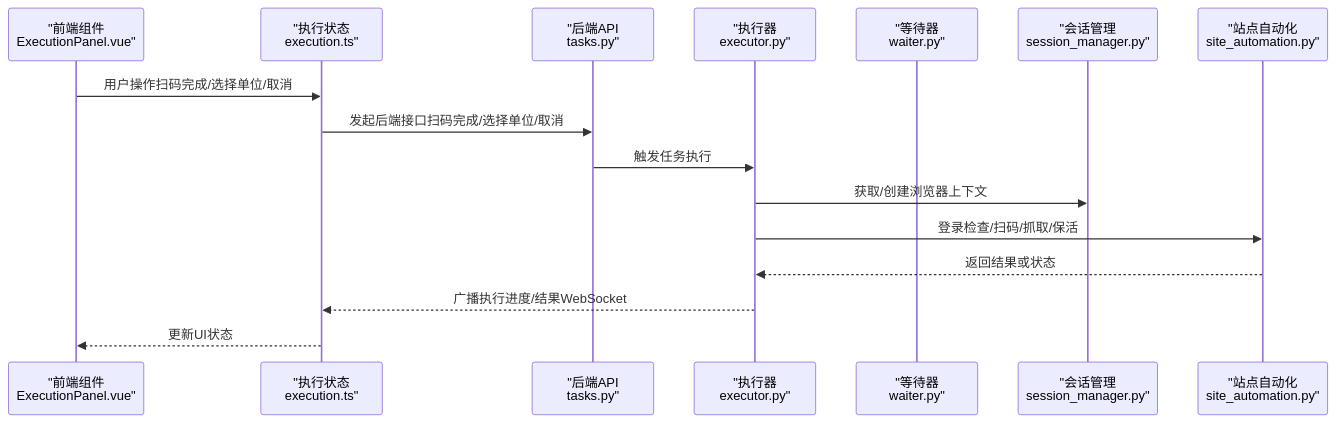
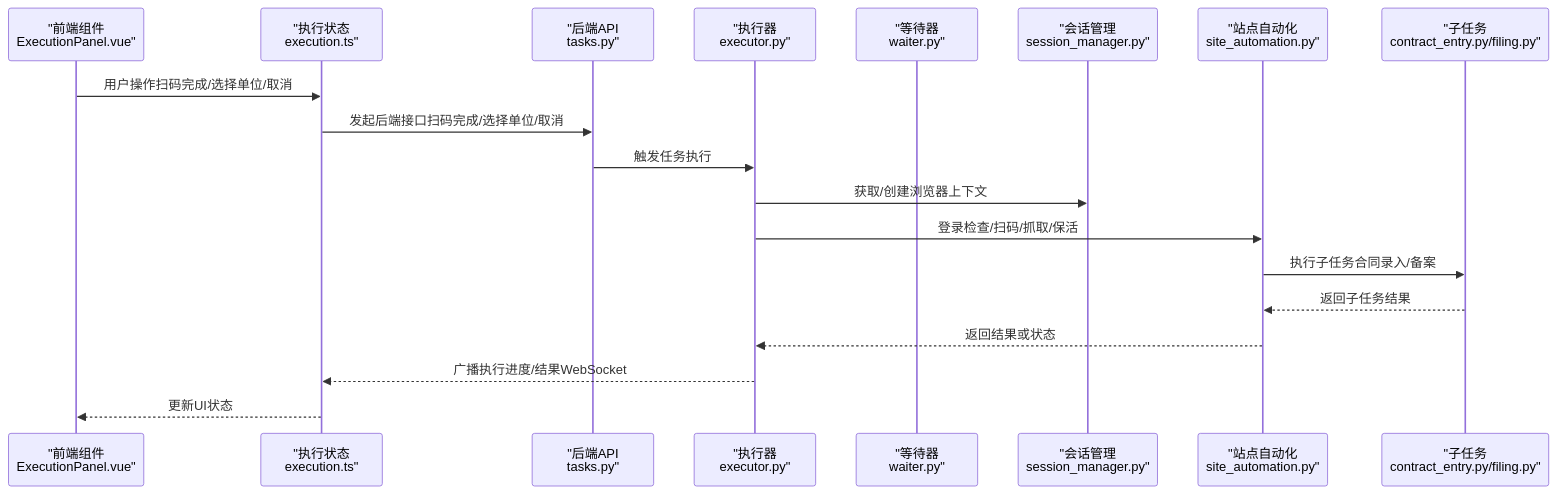
Before and after one commit to onebody/ccclubs_AI_RPA: the second of 11 diagrams in .qoder/repowiki/zh/content/浏览器自动化/浏览器自动化.md, drawn with Mermaid. The commit also changed other lines of this file and 8 other files, not shown here.

````diff
--- a/.qoder/repowiki/zh/content/浏览器自动化/浏览器自动化.md
+++ b/.qoder/repowiki/zh/content/浏览器自动化/浏览器自动化.md
@@ -110,18 +127,21 @@
 ```mermaid
 sequenceDiagram
 participant FE as "前端组件<br/>ExecutionPanel.vue"
 participant Store as "执行状态<br/>execution.ts"
 participant API as "后端API<br/>tasks.py"
 participant Exec as "执行器<br/>executor.py"
 participant Wait as "等待器<br/>waiter.py"
 participant SM as "会话管理<br/>session_manager.py"
 participant SA as "站点自动化<br/>site_automation.py"
+participant ST as "子任务<br/>contract_entry.py/filing.py"
 FE->>Store : 用户操作扫码完成/选择单位/取消
 Store->>API : 发起后端接口扫码完成/选择单位/取消
 API->>Exec : 触发任务执行
 Exec->>SM : 获取/创建浏览器上下文
 Exec->>SA : 登录检查/扫码/抓取/保活
+SA->>ST : 执行子任务合同录入/备案
+ST-->>SA : 返回子任务结果
 SA-->>Exec : 返回结果或状态
 Exec-->>Store : 广播执行进度/结果WebSocket
 Store-->>FE : 更新UI状态
 ```
````
